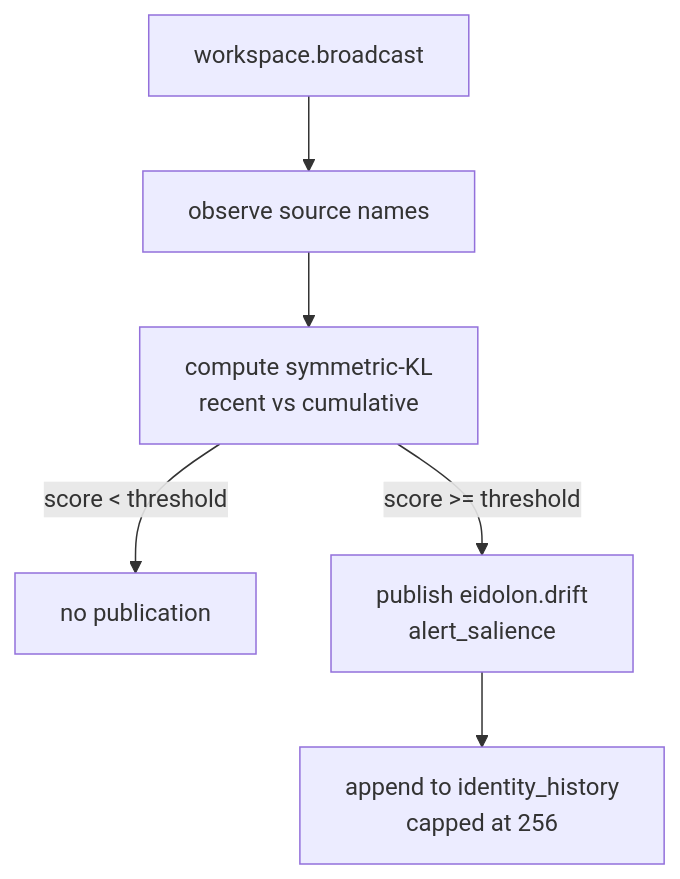
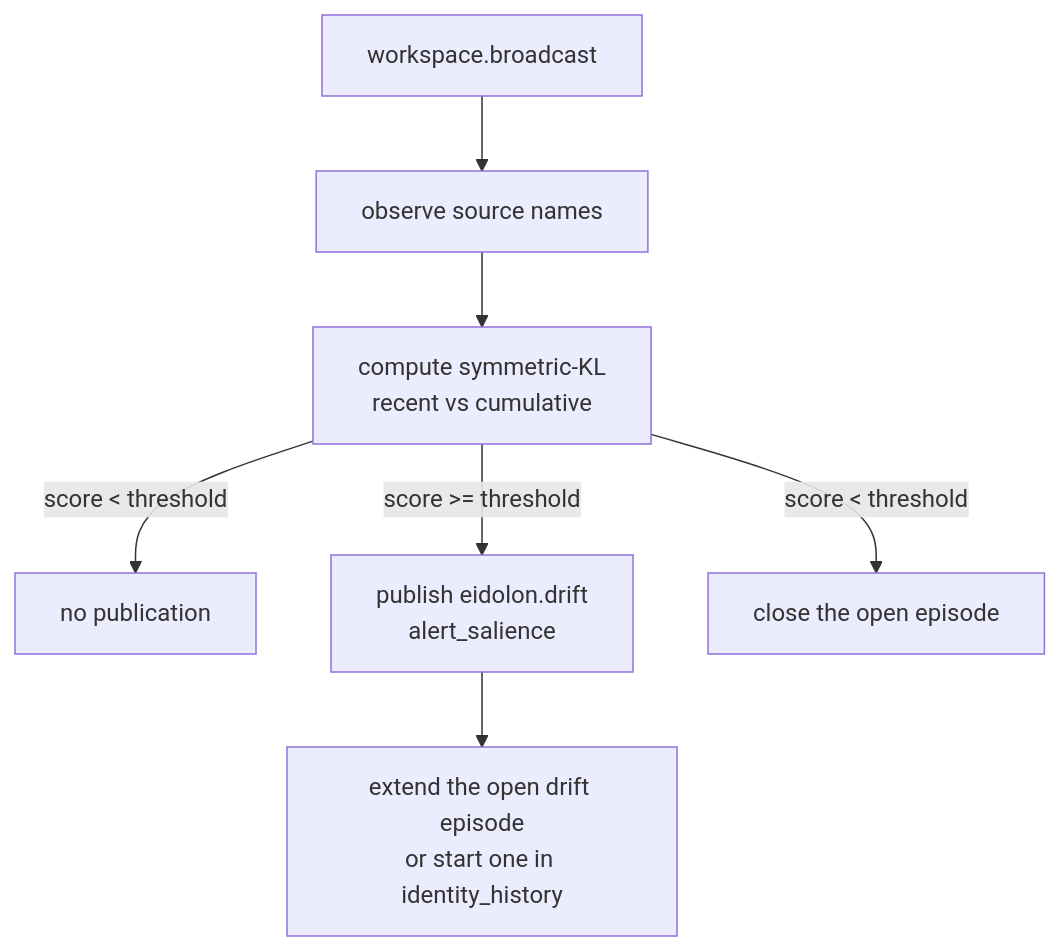
The diagram in docs/modules/eidolon.md (kaineone/kaine), drawn with Mermaid before and after one commit. The commit also changed other lines of this file and 21 other files, not shown here.

````diff
--- a/docs/modules/eidolon.md
+++ b/docs/modules/eidolon.md
@@ -95,8 +95,9 @@
 ```mermaid
 flowchart TD
     WS[workspace.broadcast] --> OBS[observe source names]
     OBS --> KL[compute symmetric-KL\nrecent vs cumulative]
     KL -- score < threshold --> SKIP[no publication]
     KL -- score >= threshold --> DRIFT[publish eidolon.drift\nalert_salience]
-    DRIFT --> HIST[append to identity_history\ncapped at 256]
+    DRIFT --> HIST[extend the open drift episode\nor start one in identity_history]
+    KL -- score < threshold --> CLOSE[close the open episode]
 ```
````
